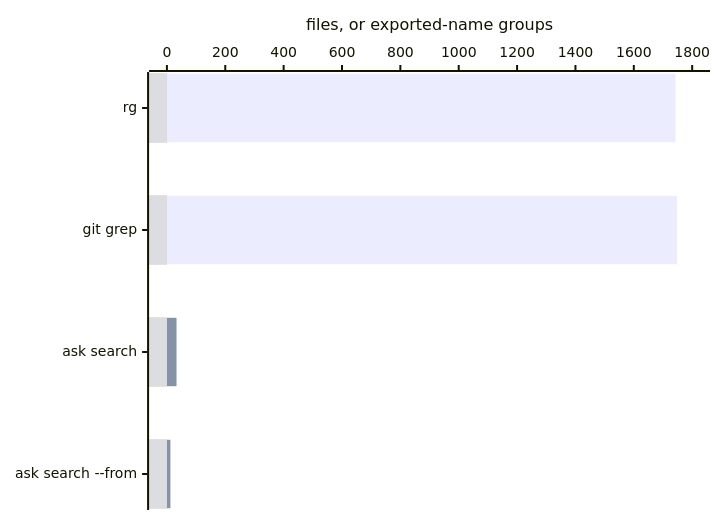
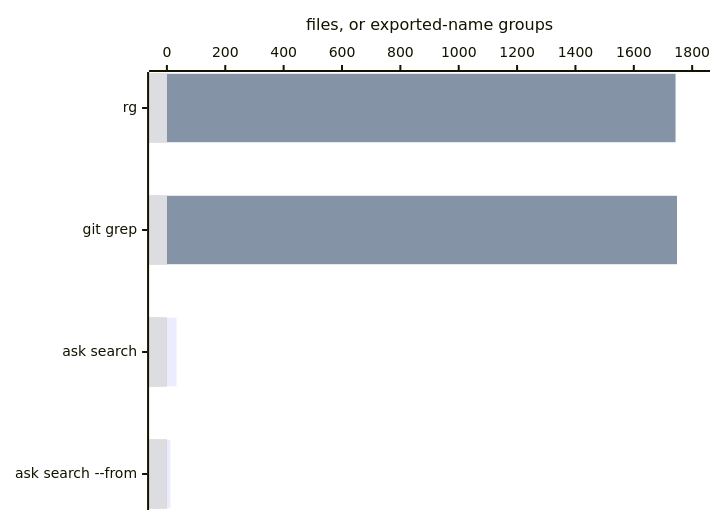
One commit to Variance-Authority/variance-authority changed the second of 2 diagrams in docs/orientation.md. Above: the diagram before and after it, drawn with Mermaid. The commit also changed other lines of this file and 7 other files, not shown here.

First line of the commit message:
docs: chart the figures that were tables and number runs

````diff
--- a/docs/orientation.md
+++ b/docs/orientation.md
@@ -85,10 +85,10 @@
 ```mermaid
 xychart-beta horizontal
   accTitle: Results to read for createStore in a large monorepo
   x-axis ["rg", "git grep", "ask search", "ask search --from"]
   y-axis "files, or exported-name groups" 0 --> 1800
+  bar [0, 0, 33, 12]
   bar [1743, 1748, 0, 0]
-  bar [0, 0, 33, 12]
   bar [0, 0, 0, 0]
   bar [0, 0, 0, 0]
 ```
````
